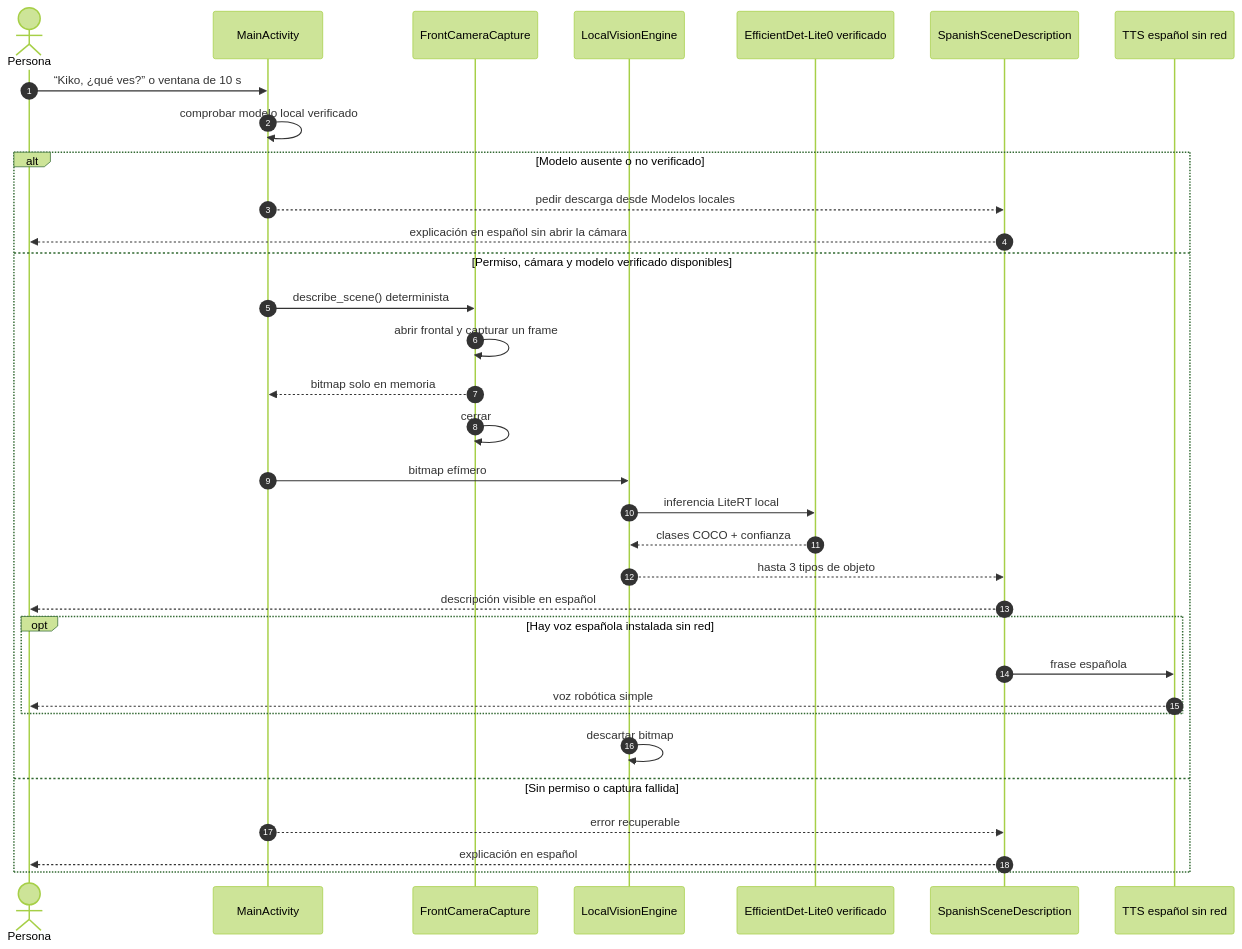
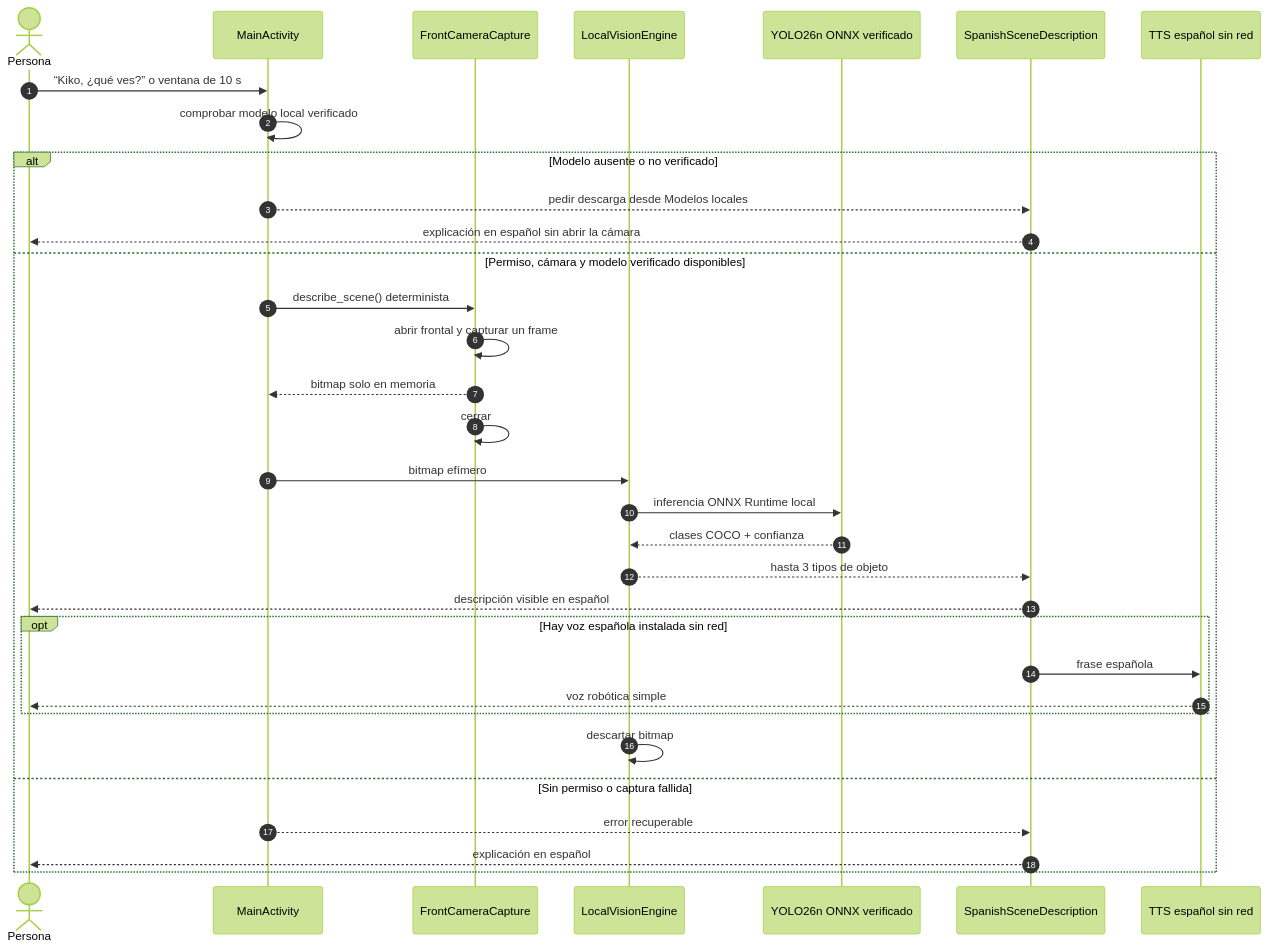
One commit to arielmendz/kiko changed the fifth of 8 diagrams in docs/FLOWS.md. Above: the diagram before and after it, drawn with Mermaid (forest theme). The commit also changed other lines of this file and 21 other files, not shown here.

Commit message:
Migrate vision inference to YOLO26n ONNX Runtime

````diff
--- a/docs/FLOWS.md
+++ b/docs/FLOWS.md
@@ -163,37 +163,37 @@
 ```mermaid
 sequenceDiagram
     autonumber
     actor Persona
     participant Session as MainActivity
     participant Camera as FrontCameraCapture
     participant Vision as LocalVisionEngine
-    participant Model as EfficientDet-Lite0 verificado
+    participant Model as YOLO26n ONNX verificado
     participant Reply as SpanishSceneDescription
     participant Voice as TTS español sin red
 
     Persona->>Session: “Kiko, ¿qué ves?” o ventana de 10 s
     Session->>Session: comprobar modelo local verificado
 
     alt Modelo ausente o no verificado
         Session-->>Reply: pedir descarga desde Modelos locales
         Reply-->>Persona: explicación en español sin abrir la cámara
     else Permiso, cámara y modelo verificado disponibles
         Session->>Camera: describe_scene() determinista
         Camera->>Camera: abrir frontal y capturar un frame
         Camera-->>Session: bitmap solo en memoria
         Camera->>Camera: cerrar
         Session->>Vision: bitmap efímero
-        Vision->>Model: inferencia LiteRT local
+        Vision->>Model: inferencia ONNX Runtime local
         Model-->>Vision: clases COCO + confianza
         Vision-->>Reply: hasta 3 tipos de objeto
         Reply-->>Persona: descripción visible en español
         opt Hay voz española instalada sin red
             Reply->>Voice: frase española
             Voice-->>Persona: voz robótica simple
         end
         Vision->>Vision: descartar bitmap
     else Sin permiso o captura fallida
         Session-->>Reply: error recuperable
         Reply-->>Persona: explicación en español
     end
 ```
````
